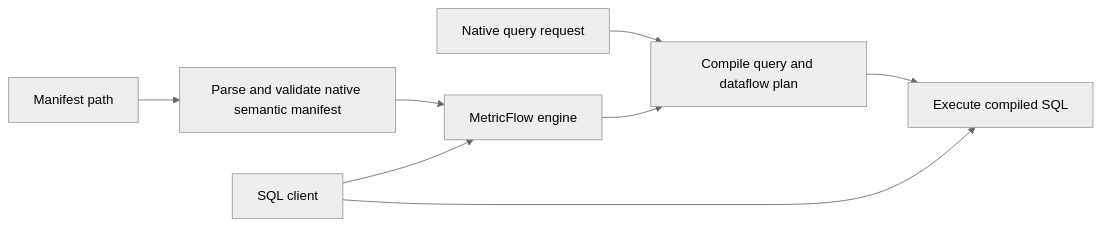
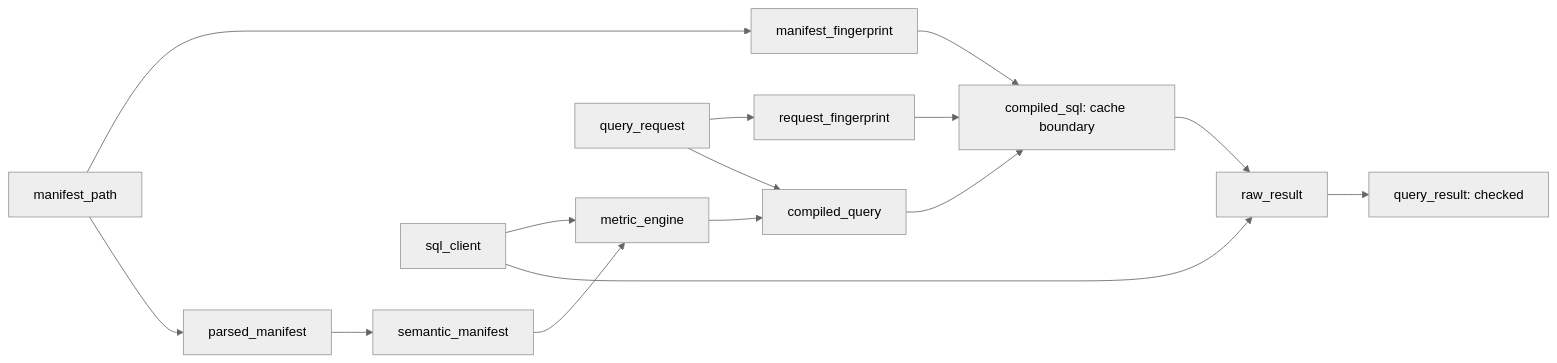
One commit to quantsegu/HamiltonFlow changed the diagram in README.md. Above: the diagram before and after it, drawn with Mermaid (neutral theme). The commit also changed other lines of this file and 23 other files, not shown here.

````diff
--- a/README.md
+++ b/README.md
@@ -71,10 +70,16 @@
 ```mermaid
 flowchart LR
-  M[Manifest path] --> V[Parse and validate native semantic manifest]
-  V --> E[MetricFlow engine]
-  C[SQL client] --> E
-  R[Native query request] --> Q[Compile query and dataflow plan]
-  E --> Q
-  Q --> X[Execute compiled SQL]
+  P[manifest_path] --> F[manifest_fingerprint]
+  P --> A[parsed_manifest] --> V[semantic_manifest]
+  V --> E[metric_engine]
+  C[sql_client] --> E
+  R[query_request] --> RF[request_fingerprint]
+  E --> Q[compiled_query]
+  R --> Q
+  Q --> S[compiled_sql: cache boundary]
+  F --> S
+  RF --> S
+  S --> X[raw_result]
   C --> X
+  X --> K[query_result: checked]
 ```
````
